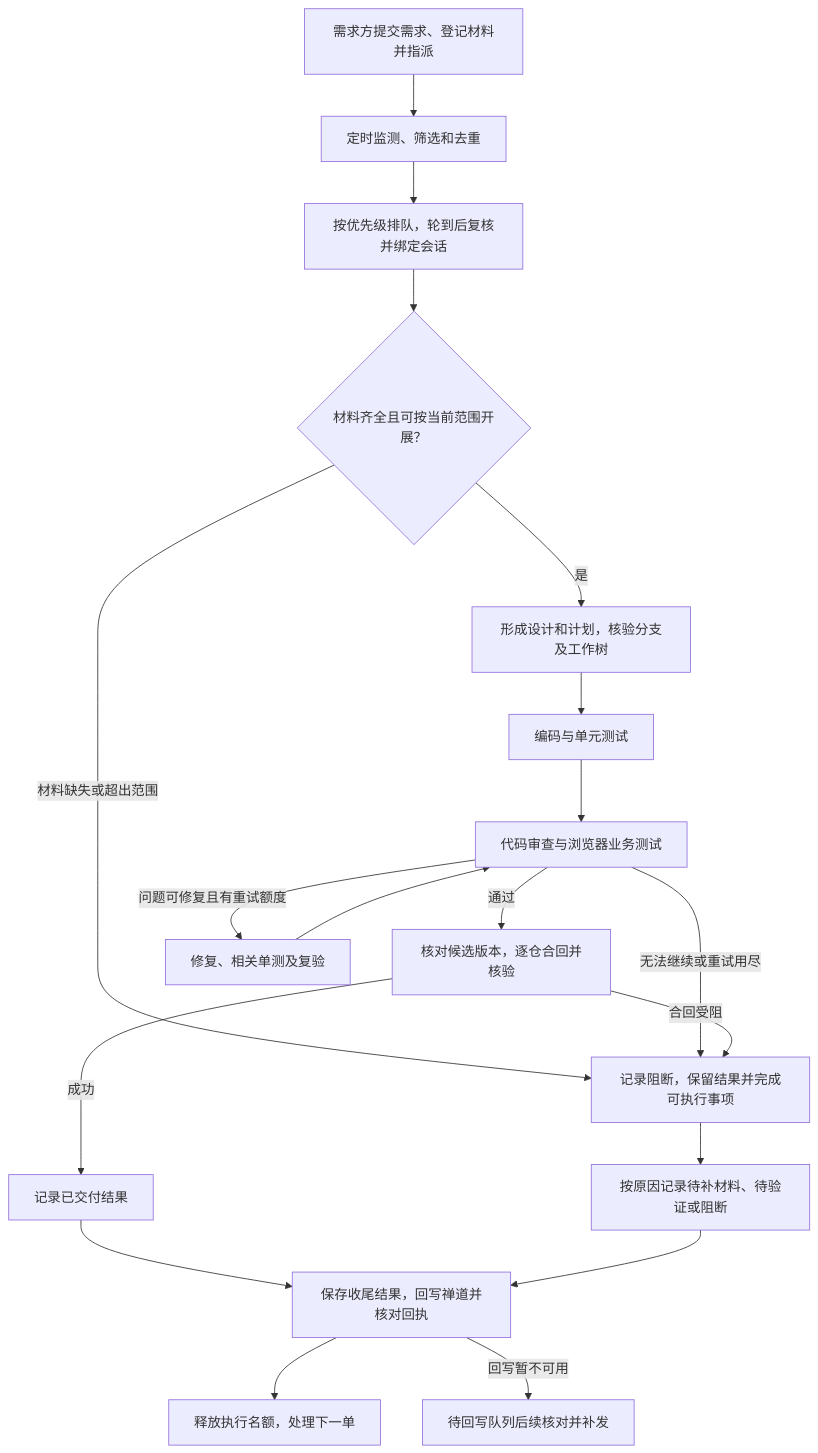
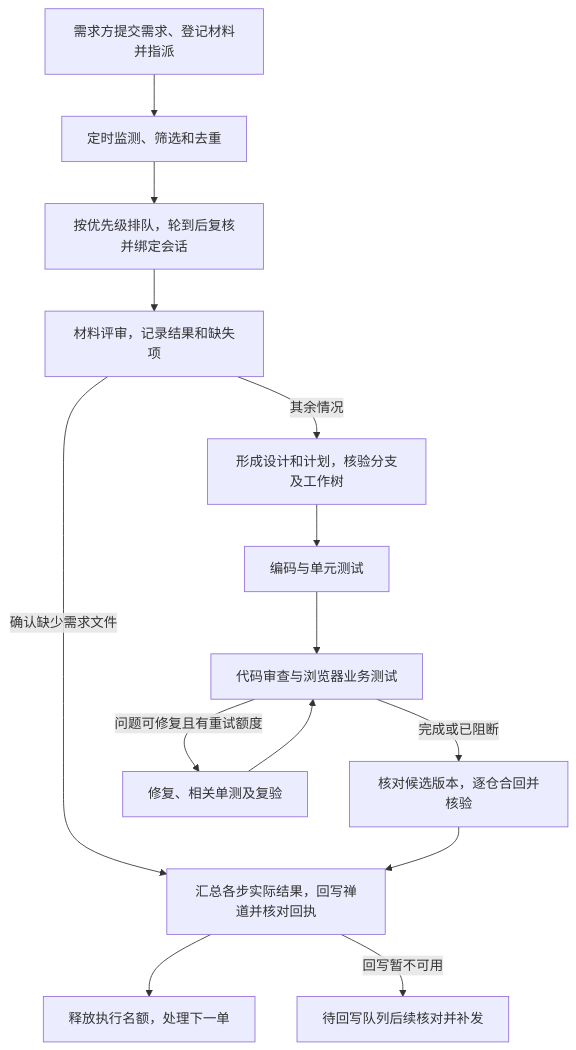
Before and after one commit to hewenchun1314/RealtimeMonitoringandMultiwarehouseCollaboration: the first of 3 diagrams in docs/完整的设计实现整理.md, drawn with Mermaid. The commit also changed other lines of this file and 17 other files, not shown here.

````diff
--- a/docs/完整的设计实现整理.md
+++ b/docs/完整的设计实现整理.md
@@ -61,21 +61,16 @@
 ```mermaid
 flowchart TD
     A[需求方提交需求、登记材料并指派] --> B[定时监测、筛选和去重]
     B --> C[按优先级排队，轮到后复核并绑定会话]
-    C --> D{材料齐全且可按当前范围开展？}
-    D -->|是| E[形成设计和计划，核验分支及工作树]
+    C --> D[材料评审，记录结果和缺失项]
+    D -->|确认缺少需求文件| K
+    D -->|其余情况| E[形成设计和计划，核验分支及工作树]
     E --> F[编码与单元测试]
     F --> G[代码审查与浏览器业务测试]
-    G -->|通过| H[核对候选版本，逐仓合回并核验]
+    G -->|完成或已阻断| H[核对候选版本，逐仓合回并核验]
     G -->|问题可修复且有重试额度| R[修复、相关单测及复验]
     R --> G
-    D -->|材料缺失或超出范围| X[记录阻断，保留结果并完成可执行事项]
-    G -->|无法继续或重试用尽| X
-    H -->|合回受阻| X
-    H -->|成功| I[记录已交付结果]
-    X --> J[按原因记录待补材料、待验证或阻断]
-    I --> K[保存收尾结果，回写禅道并核对回执]
-    J --> K
+    H --> K[汇总各步实际结果，回写禅道并核对回执]
     K --> L[释放执行名额，处理下一单]
     K -->|回写暂不可用| Q[待回写队列后续核对并补发]
 ```
````
